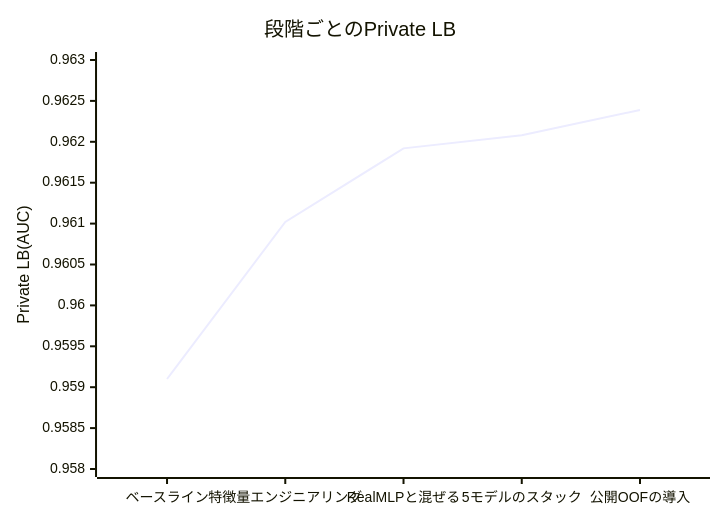
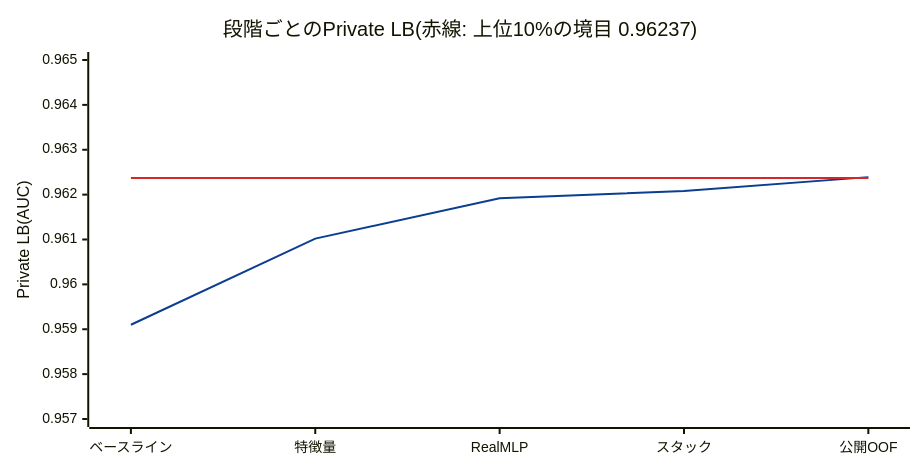
Before and after one commit to aramaki5443-art/kaggle-s6e10-airline-satisfaction: the first of 3 diagrams in README.md, drawn with Mermaid. The commit also changed other lines of this file, not shown here.

Commit message:
README: スコア推移グラフの色・目盛り・横軸ラベルを調整し、上位10%の補助線を追加
Claude-Session: https://claude.ai/code/session_01W4XQw12fApd9PttvvKTwbS

````diff
--- a/README.md
+++ b/README.md
@@ -21,7 +21,17 @@
 ```mermaid
+---
+config:
+  xyChart:
+    width: 900
+    height: 450
+  themeVariables:
+    xyChart:
+      plotColorPalette: "#0b3d91, #d62728"
+---
 xychart-beta
-    title "段階ごとのPrivate LB"
-    x-axis ["ベースライン", "特徴量エンジニアリング", "RealMLPと混ぜる", "5モデルのスタック", "公開OOFの導入"]
-    y-axis "Private LB(AUC)" 0.958 --> 0.963
+    title "段階ごとのPrivate LB(赤線: 上位10%の境目 0.96237)"
+    x-axis ["ベースライン", "特徴量", "RealMLP", "スタック", "公開OOF"]
+    y-axis "Private LB(AUC)" 0.957 --> 0.965
     line [0.95910, 0.96102, 0.96192, 0.96208, 0.96239]
+    line [0.96237, 0.96237, 0.96237, 0.96237, 0.96237]
 ```
````
